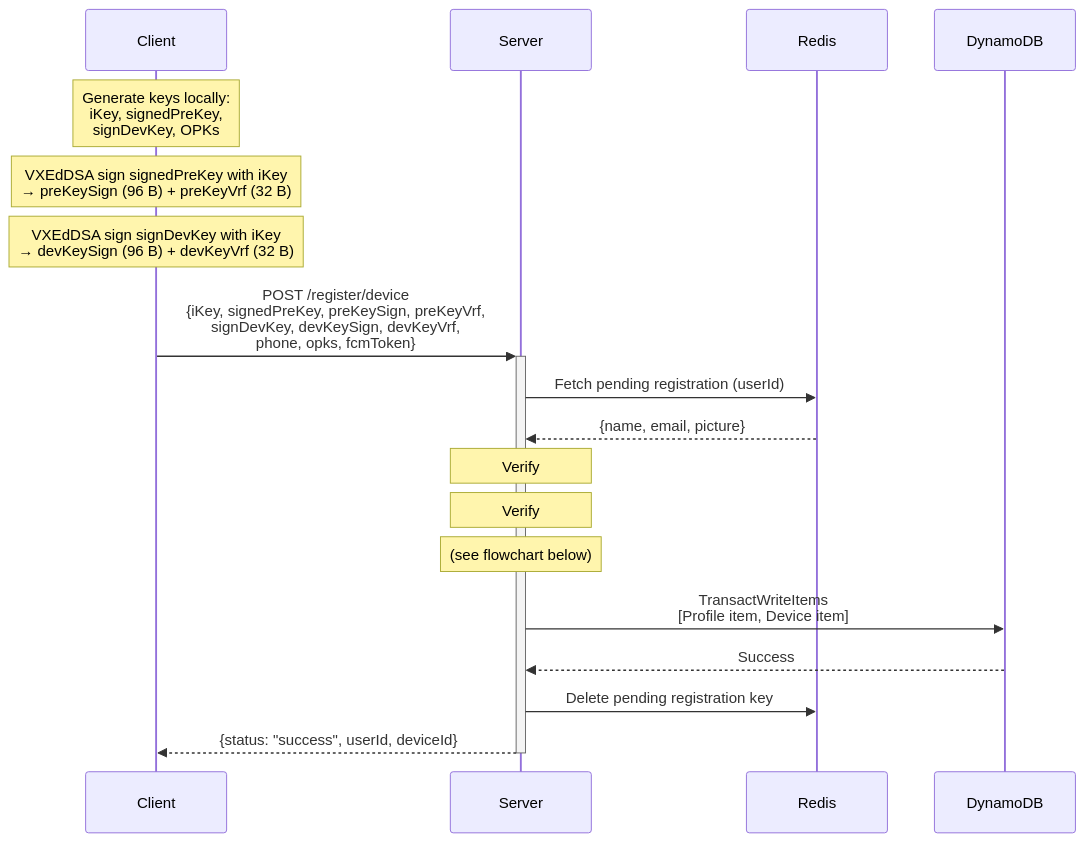
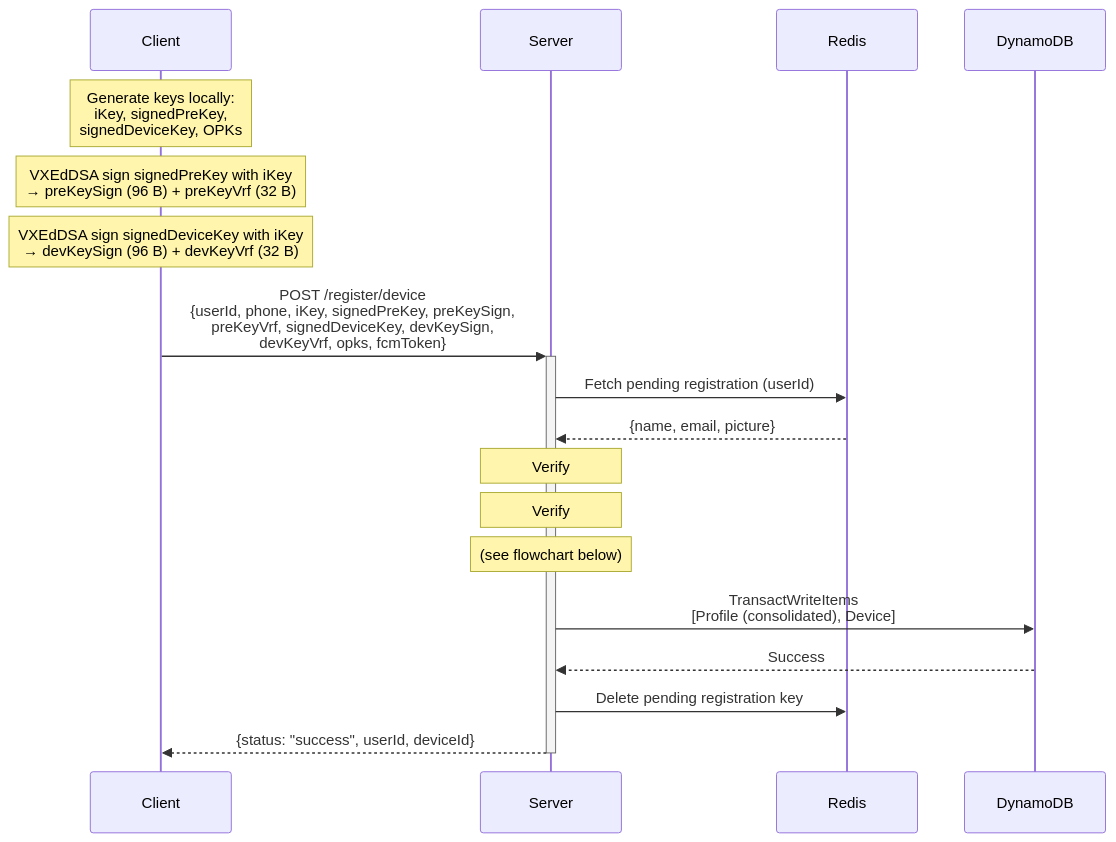
The second of 7 diagrams in docs/cryptographic_flows.md (debarkamondal/khamoshchat-api), drawn with Mermaid before and after one commit. The commit also changed other lines of this file and 3 other files, not shown here.

Commit message:
refactor: standardize API naming conventions and consolidate device registration fields into profile models

````diff
--- a/docs/cryptographic_flows.md
+++ b/docs/cryptographic_flows.md
@@ -62,28 +62,28 @@
 ```mermaid
 sequenceDiagram
     participant C as Client
     participant S as Server
     participant R as Redis
     participant D as DynamoDB
 
-    Note over C: Generate keys locally:<br/>iKey, signedPreKey,<br/>signDevKey, OPKs
+    Note over C: Generate keys locally:<br/>iKey, signedPreKey,<br/>signedDeviceKey, OPKs
 
     Note over C: VXEdDSA sign signedPreKey with iKey<br/>→ preKeySign (96 B) + preKeyVrf (32 B)
-    Note over C: VXEdDSA sign signDevKey with iKey<br/>→ devKeySign (96 B) + devKeyVrf (32 B)
+    Note over C: VXEdDSA sign signedDeviceKey with iKey<br/>→ devKeySign (96 B) + devKeyVrf (32 B)
 
-    C->>+S: POST /register/device<br/>{iKey, signedPreKey, preKeySign, preKeyVrf,<br/>signDevKey, devKeySign, devKeyVrf,<br/>phone, opks, fcmToken}
+    C->>+S: POST /register/device<br/>{userId, phone, iKey, signedPreKey, preKeySign,<br/>preKeyVrf, signedDeviceKey, devKeySign,<br/>devKeyVrf, opks, fcmToken}
 
     S->>R: Fetch pending registration (userId)
     R-->>S: {name, email, picture}
 
     Note over S: Verify #1: preKeySign
     Note over S: Verify #2: devKeySign
     Note over S: (see flowchart below)
 
-    S->>D: TransactWriteItems<br/>[Profile item, Device item]
+    S->>D: TransactWriteItems<br/>[Profile (consolidated), Device]
     D-->>S: Success
 
     S->>R: Delete pending registration key
 
     S-->>-C: {status: "success", userId, deviceId}
 ```
````
